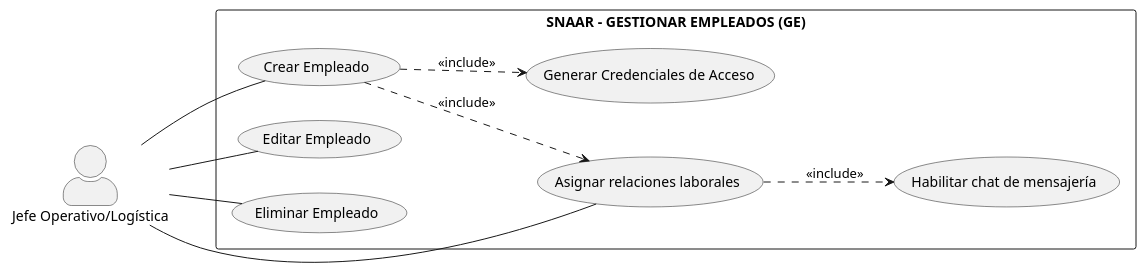
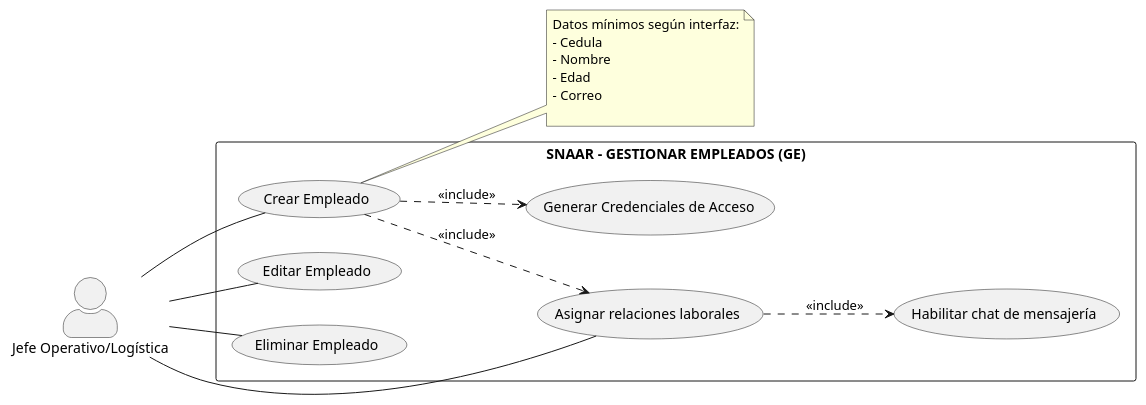
One commit to Dval05/AndradeDanna_30723_G6_ADSW changed the diagram in Parcial 1/PlanUML/SNAAR - GESTIONAR EMPLEADOS (GE).puml. Above: the diagram before and after it, drawn with PlantUML. The commit also changed 3 other files, not shown here.

```diff
--- a/Parcial 1/PlanUML/SNAAR - GESTIONAR EMPLEADOS (GE).puml
+++ b/Parcial 1/PlanUML/SNAAR - GESTIONAR EMPLEADOS (GE).puml
@@ -1,40 +1,45 @@
 @startuml
 
 skinparam actorStyle awesome
 left to right direction
 
 skinparam DefaultFontColor black
 skinparam BackgroundColor white
-
-
 
 actor "Jefe Operativo/Logística" as Jefe
 
 rectangle "SNAAR - GESTIONAR EMPLEADOS (GE)" #White {
     
     
     usecase "Crear Empleado" as UC_Crear
     usecase "Generar Credenciales de Acceso" as UC_Generar
     usecase "Asignar relaciones laborales" as UC_Asignar
     usecase "Habilitar chat de mensajería" as UC_Habilitar
     usecase "Editar Empleado" as UC_Editar
     usecase "Eliminar Empleado" as UC_Eliminar
 
-
- 
 }
 
 ' Uniones de actores a casos de uso
 
 Jefe--UC_Crear
 Jefe--UC_Asignar
 Jefe--UC_Editar
 Jefe--UC_Eliminar
 
 
 UC_Crear ..> UC_Generar : <<include>>
 UC_Crear ..> UC_Asignar : <<include>>
 UC_Asignar ..> UC_Habilitar : <<include>>
 
+note right of UC_Crear
+Datos mínimos según interfaz:
+- Cedula
+- Nombre
+- Edad
+- Correo
+
+end note
+
 'Elaborado David Pilaguano - 2026-05-05 
 @enduml
```
